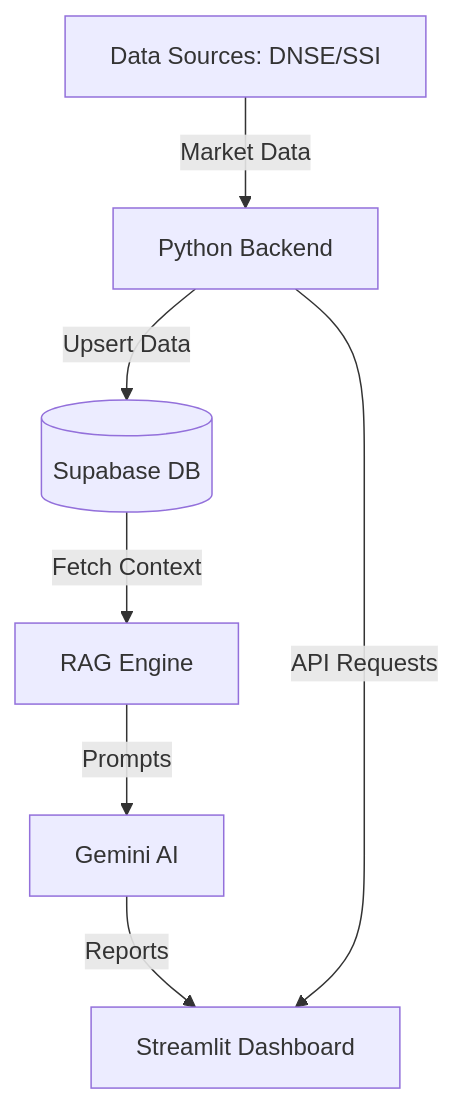
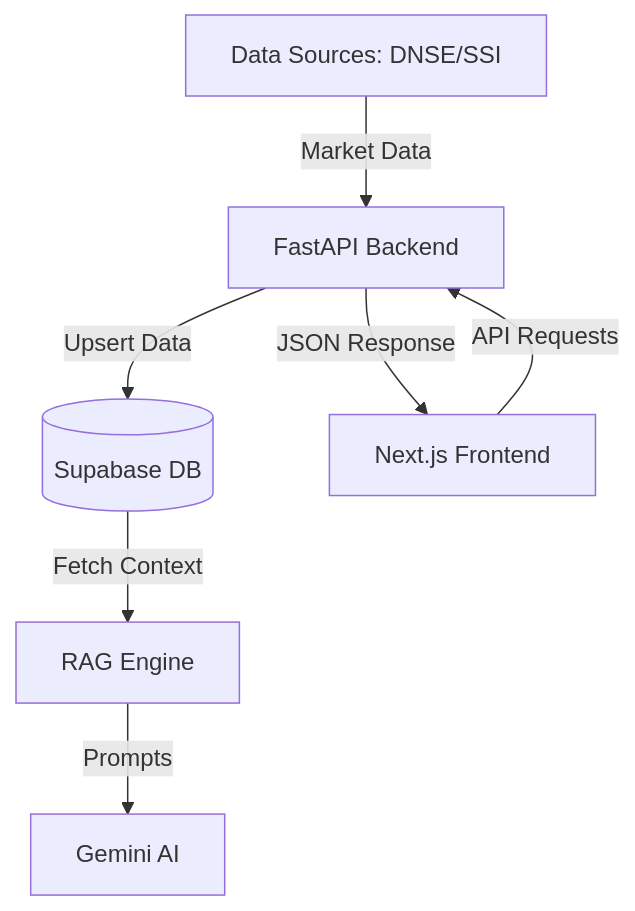
One commit to NDPhuu/mirae-automation changed the diagram in README.md. Above: the diagram before and after it, drawn with Mermaid. The commit also changed other lines of this file, not shown here.

````diff
--- a/README.md
+++ b/README.md
@@ -33,9 +20,9 @@
 ```mermaid
 graph TD
-    A[Data Sources: DNSE/SSI] -->|Market Data| B[Python Backend]
+    A[Data Sources: DNSE/SSI] -->|Market Data| B[FastAPI Backend]
     B -->|Upsert Data| C[(Supabase DB)]
     C -->|Fetch Context| D[RAG Engine]
     D -->|Prompts| E[Gemini AI]
-    E -->|Reports| F[Streamlit Dashboard]
-    B -->|API Requests| F
+    F[Next.js Frontend] -->|API Requests| B
+    B -->|JSON Response| F
 ```
````
